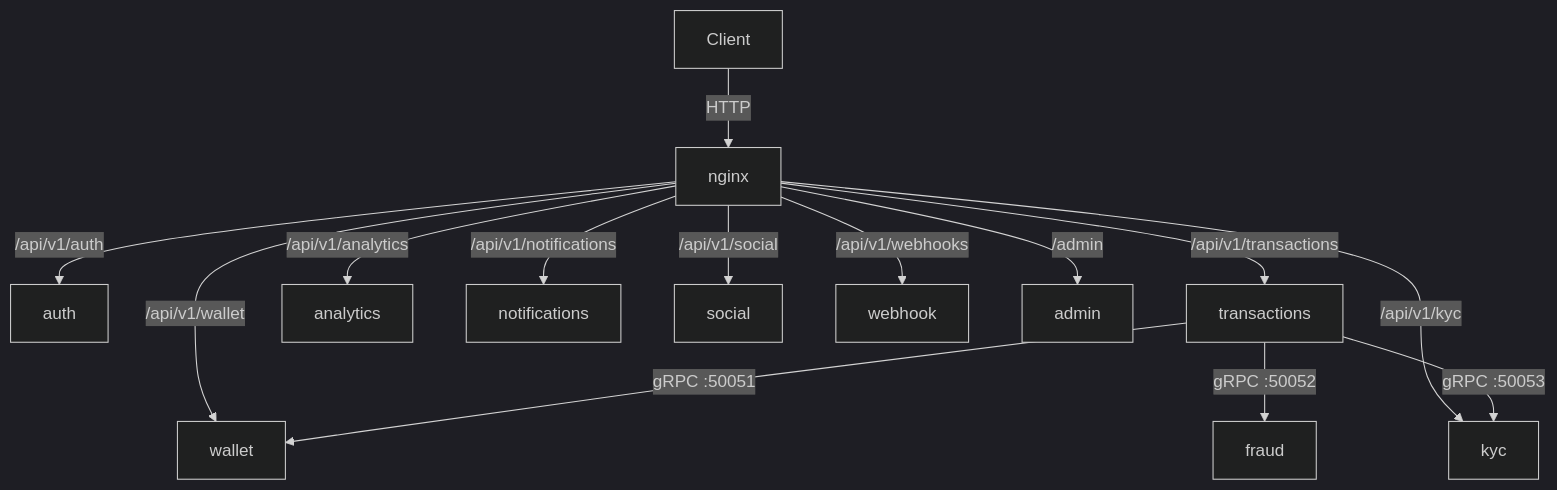
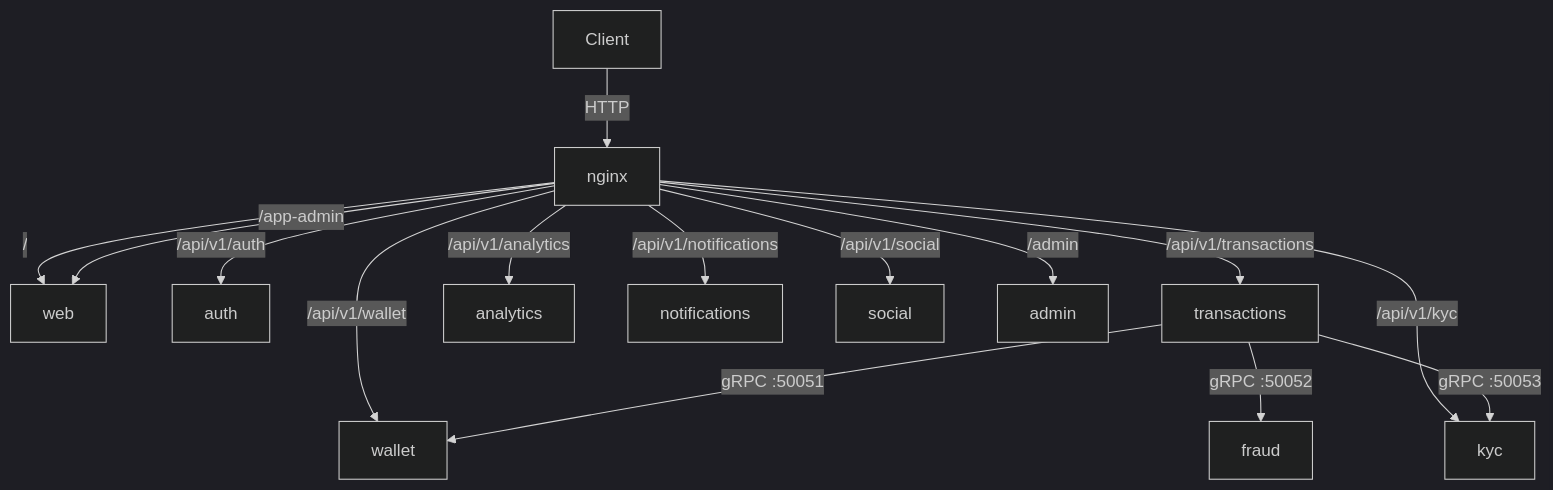
One commit to sreekarnv/mint changed the first of 5 diagrams in docs/architecture.md. Above: the diagram before and after it, drawn with Mermaid (dark theme). The commit also changed other lines of this file and 6 other files, not shown here.

````diff
--- a/docs/architecture.md
+++ b/docs/architecture.md
@@ -7,18 +7,19 @@
 ```mermaid
 graph TD
     Client -->|HTTP| nginx
 
+    nginx -->|/| web
+    nginx -->|/app-admin| web
     nginx -->|/api/v1/auth| auth
     nginx -->|/api/v1/wallet| wallet
     nginx -->|/api/v1/transactions| transactions
     nginx -->|/api/v1/kyc| kyc
     nginx -->|/api/v1/analytics| analytics
     nginx -->|/api/v1/notifications| notifications
     nginx -->|/api/v1/social| social
-    nginx -->|/api/v1/webhooks| webhook
     nginx -->|/admin| admin
 
     transactions -->|gRPC :50052| fraud
     transactions -->|gRPC :50053| kyc
     transactions -->|gRPC :50051| wallet
 ```
````
